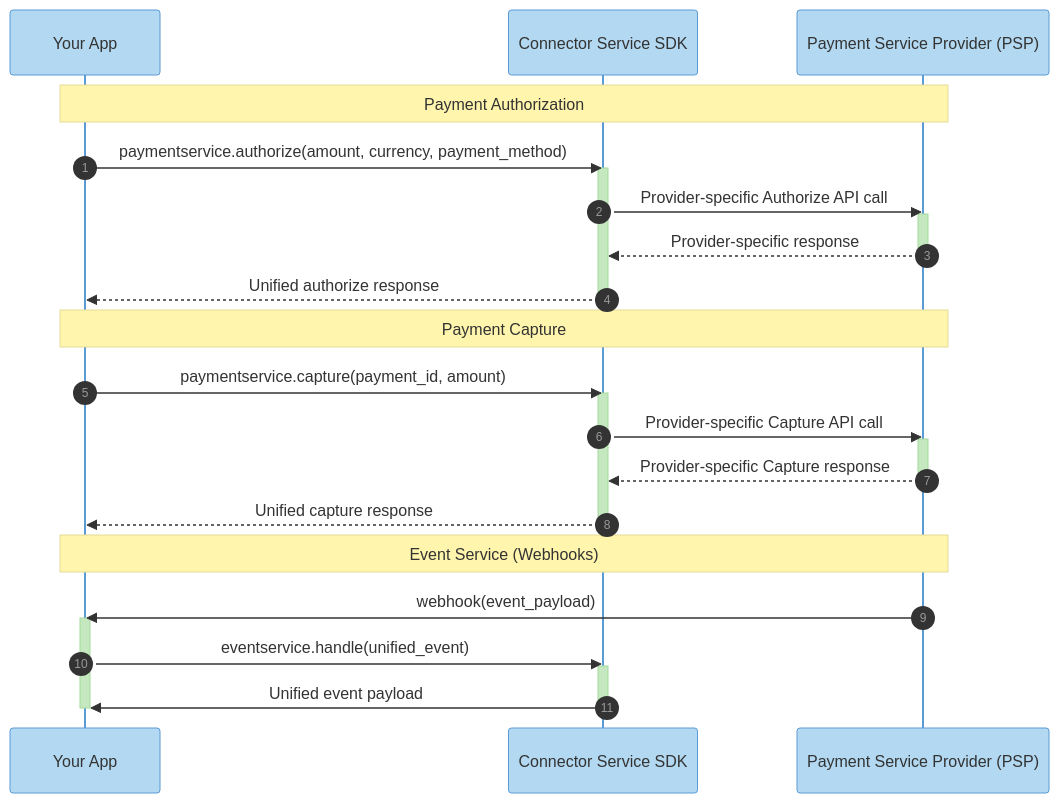
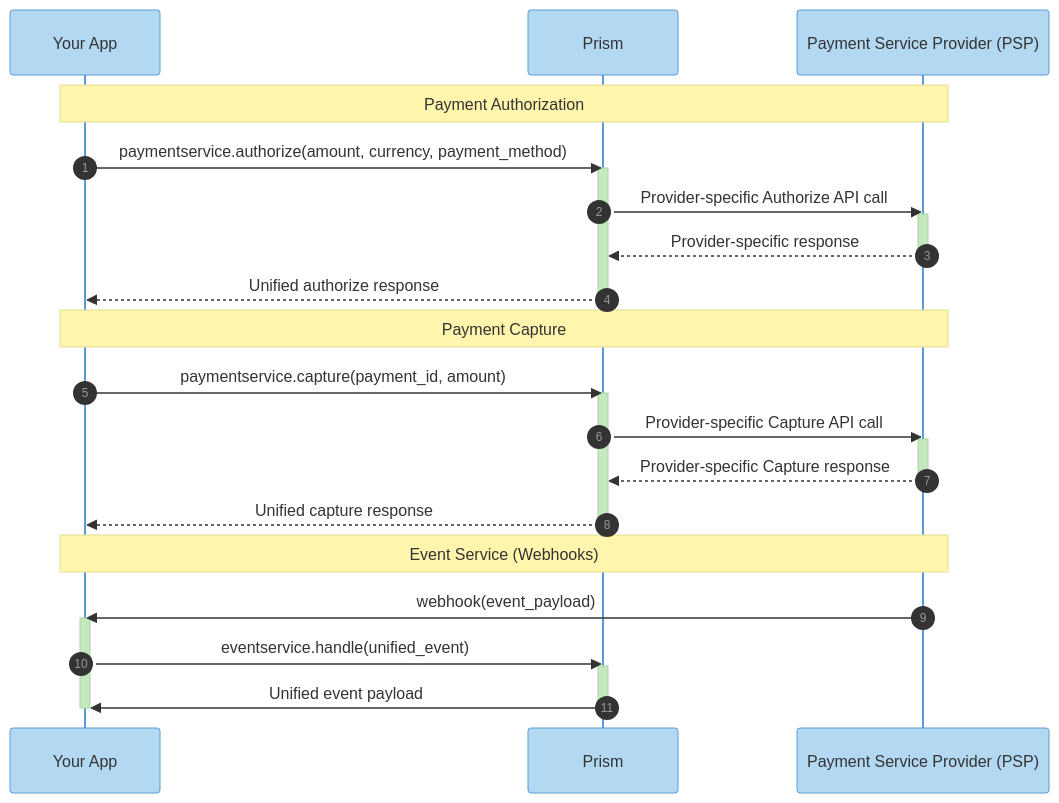
The diagram in connector-service/README.md (juspay/hyperswitch-docs), drawn with Mermaid before and after one commit. The commit also changed other lines of this file and 29 other files, not shown here.

First line of the commit message:
docs(connector-service): sync from connector-service@f18221adf3c2aaf158a7718c6f4cd1d7e8302ed4

````diff
--- a/connector-service/README.md
+++ b/connector-service/README.md
@@ -82,38 +87,38 @@
 ```mermaid
 %%{init: {'theme': 'base', 'themeVariables': { 'primaryColor': '#B3D9F2', 'primaryTextColor': '#333333', 'primaryBorderColor': '#5B9BD5', 'lineColor': '#666666', 'secondaryColor': '#C5E8C0', 'tertiaryColor': '#F9B872'}}}%%
 sequenceDiagram
    autonumber
    participant App as Your App
-   participant SDK as Connector Service SDK
+   participant SDK as Prism
    participant PSP as Payment Service Provider (PSP)
    
    Note over App,PSP: Payment Authorization
    App->>SDK: paymentservice.authorize(amount, currency, payment_method)
    activate SDK
    SDK->>PSP: Provider-specific Authorize API call
    activate PSP
    PSP-->>SDK: Provider-specific response
    deactivate PSP
    SDK-->>App: Unified authorize response
    deactivate SDK
 
    Note over App,PSP: Payment Capture
    App->>SDK: paymentservice.capture(payment_id, amount)
    activate SDK
    SDK->>PSP: Provider-specific Capture API call
    activate PSP
    PSP-->>SDK: Provider-specific Capture response
    deactivate PSP
    SDK-->>App: Unified capture response
    deactivate SDK
 
    Note over App,PSP: Event Service (Webhooks)
    PSP->>App: webhook(event_payload)
    activate App
    App->>SDK: eventservice.handle(unified_event)
    activate SDK
    SDK->>App: Unified event payload
    deactivate SDK
    deactivate App
 
 ```
````
